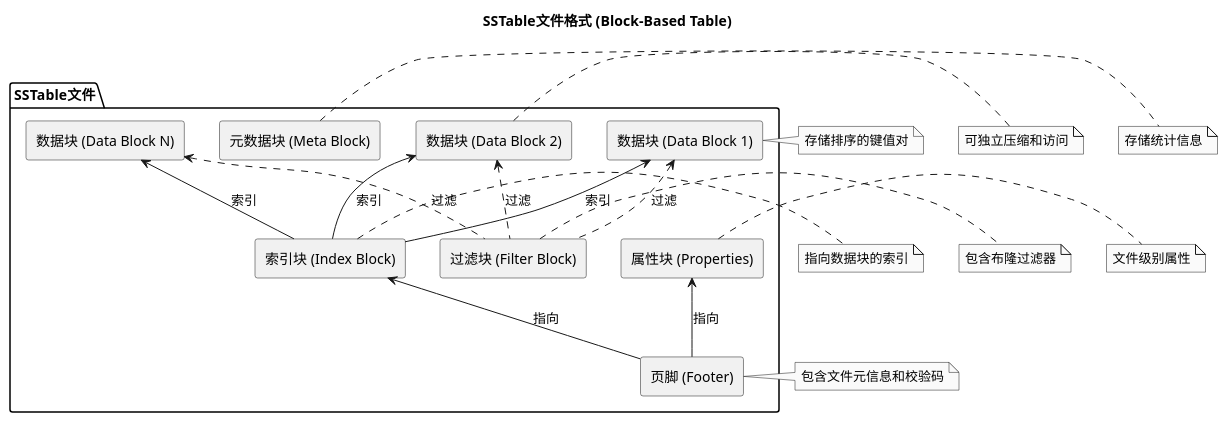
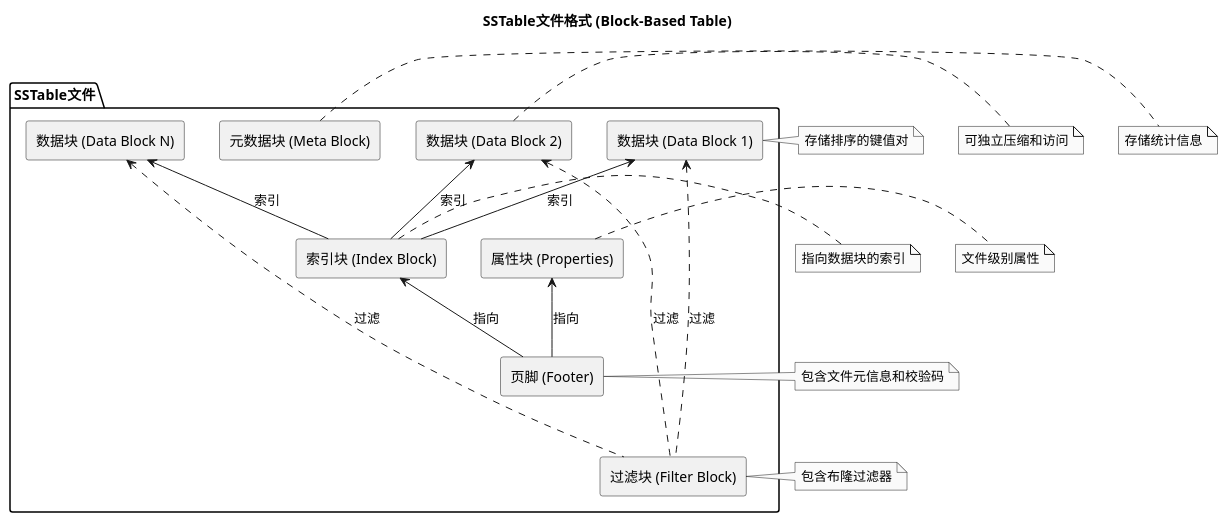
One commit to jjhbeloved/solutions changed the diagram in opensource/rocksdb/docs/lsm/sstable-format.puml. Above: the diagram before and after it, drawn with PlantUML. The commit also changed 7 other files, not shown here.

```diff
--- a/opensource/rocksdb/docs/lsm/sstable-format.puml
+++ b/opensource/rocksdb/docs/lsm/sstable-format.puml
@@ -1,36 +1,35 @@
 @startuml
 skinparam monochrome true
 skinparam shadowing false
-skinparam defaultFontName Microsoft YaHei
 
 title SSTable文件格式 (Block-Based Table)
 
 package "SSTable文件" {
   rectangle "数据块 (Data Block 1)" as DB1
   rectangle "数据块 (Data Block 2)" as DB2
   rectangle "数据块 (Data Block N)" as DBN
   
   rectangle "索引块 (Index Block)" as IB
   rectangle "过滤块 (Filter Block)" as FB
   rectangle "元数据块 (Meta Block)" as MB
   rectangle "属性块 (Properties)" as PB
   rectangle "页脚 (Footer)" as FT
 }
 
 note right of DB1 : 存储排序的键值对
 note right of DB2 : 可独立压缩和访问
 note right of IB : 指向数据块的索引
 note right of FB : 包含布隆过滤器
 note right of MB : 存储统计信息
 note right of PB : 文件级别属性
 note right of FT : 包含文件元信息和校验码
 
 FT -up-> PB : 指向
 FT -up-> IB : 指向
 IB -up-> DB1 : 索引
 IB -up-> DB2 : 索引
 IB -up-> DBN : 索引
-FB .up.> DB1 : 过滤
-FB .up.> DB2 : 过滤
-FB .up.> DBN : 过滤
+FB ..up..> DB1 : 过滤
+FB ..up..> DB2 : 过滤
+FB ..up..> DBN : 过滤
 @enduml 
```
